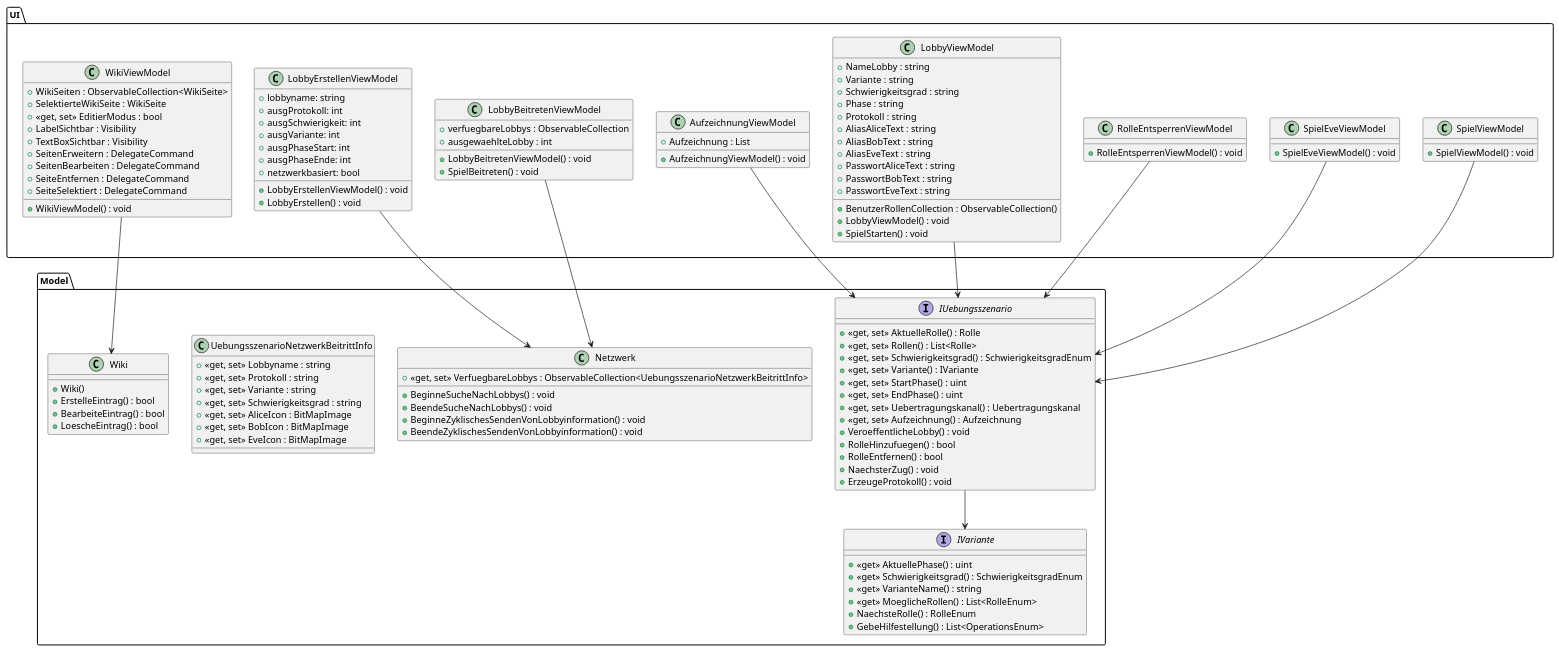
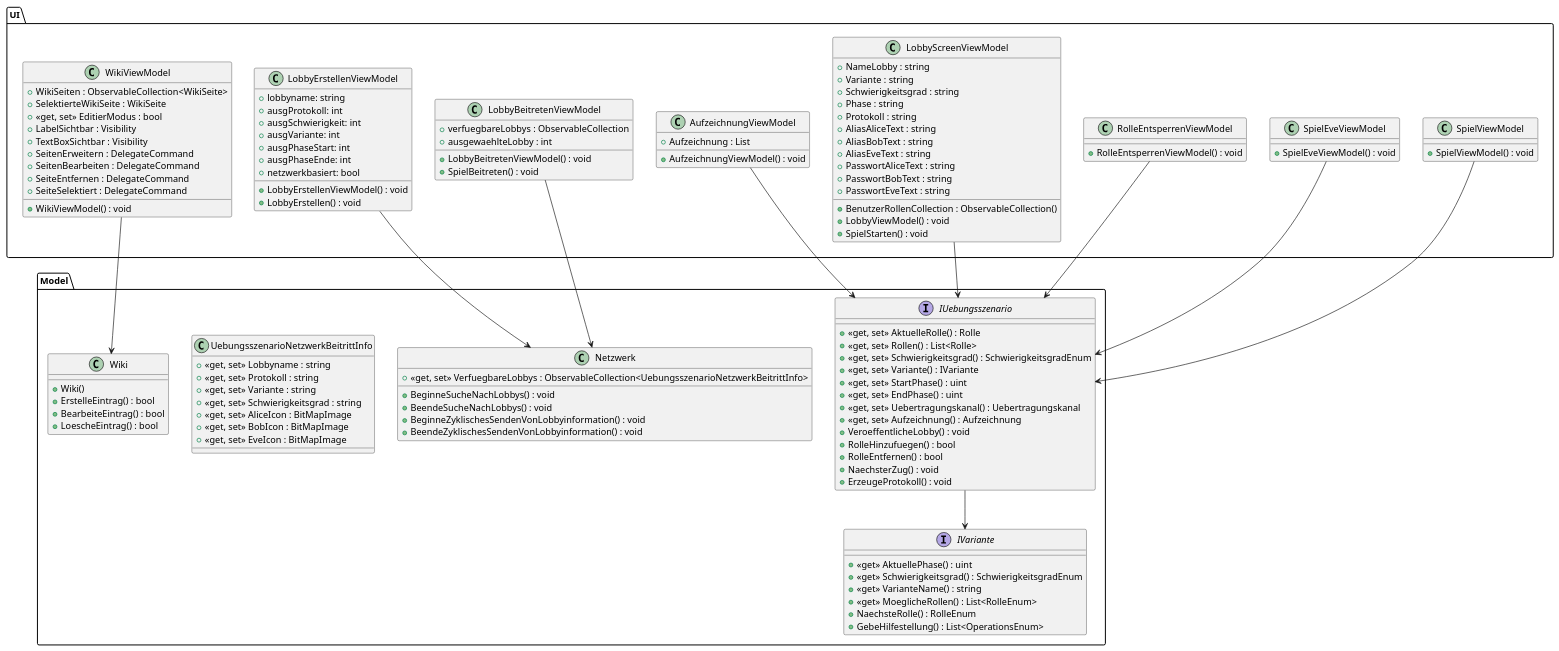
Before and after one commit to Jonas-Ha/quakrypto: the diagram in 02_Entwurf/Schnittstellendiagramm/Schnittstellendiagramm.puml, drawn with PlantUML. The commit also changed 1 other file, not shown here.

Commit message:
Schnittstellendiagramm angepasst Name: LobbyViewModel auf LobbyScreenViewModel geändert

```diff
--- a/02_Entwurf/Schnittstellendiagramm/Schnittstellendiagramm.puml
+++ b/02_Entwurf/Schnittstellendiagramm/Schnittstellendiagramm.puml
@@ -1,156 +1,156 @@
 @startuml name
 top to bottom direction
 skinparam pageMargin 10
 skinparam pageExternalColor gray
 skinparam pageBorderColor black
 
 package Model
 {
 	interface IUebungsszenario
 	{
 		+ <<get, set>> AktuelleRolle() : Rolle
 		+ <<get, set>> Rollen() : List<Rolle>
 		+ <<get, set>> Schwierigkeitsgrad() : SchwierigkeitsgradEnum
 		+ <<get, set>> Variante() : IVariante
 		+ <<get, set>> StartPhase() : uint
 		+ <<get, set>> EndPhase() : uint
 		+ <<get, set>> Uebertragungskanal() : Uebertragungskanal
 		+ <<get, set>> Aufzeichnung() : Aufzeichnung
 		+ VeroeffentlicheLobby() : void
 		+ RolleHinzufuegen() : bool
 		+ RolleEntfernen() : bool
 		+ NaechsterZug() : void
 		+ ErzeugeProtokoll() : void
 	}
 
 	interface IVariante
 	{
 		+ <<get>> AktuellePhase() : uint
 		+ <<get>> Schwierigkeitsgrad() : SchwierigkeitsgradEnum
 		+ <<get>> VarianteName() : string
 		+ <<get>> MoeglicheRollen() : List<RolleEnum>
 		+ NaechsteRolle() : RolleEnum
 		+ GebeHilfestellung() : List<OperationsEnum>
 	}
 
 	class Netzwerk
 	{
 		+ <<get, set>> VerfuegbareLobbys : ObservableCollection<UebungsszenarioNetzwerkBeitrittInfo>
 		+ BeginneSucheNachLobbys() : void
 		+ BeendeSucheNachLobbys() : void
 		+ BeginneZyklischesSendenVonLobbyinformation() : void
 		+ BeendeZyklischesSendenVonLobbyinformation() : void
 	}
 
 	class UebungsszenarioNetzwerkBeitrittInfo
 	{
 		+ <<get, set>> Lobbyname : string
 		+ <<get, set>> Protokoll : string
 		+ <<get, set>> Variante : string
 		+ <<get, set>> Schwierigkeitsgrad : string
 		+ <<get, set>> AliceIcon : BitMapImage
 		+ <<get, set>> BobIcon : BitMapImage
 		+ <<get, set>> EveIcon : BitMapImage
 	}
 
 	class Wiki
 	{
 		+ Wiki()
 		+ ErstelleEintrag() : bool
 		+ BearbeiteEintrag() : bool
 		+ LoescheEintrag() : bool
 	}
 }
 
 /'************************************************************'/
 /'PACKAGE UI												  '/
 /'************************************************************'/
 package UI
 {
 	together{
 		class LobbyErstellenViewModel
 		{
 			+ lobbyname: string 
 			+ ausgProtokoll: int 
 			+ ausgSchwierigkeit: int 
 			+ ausgVariante: int 
 			+ ausgPhaseStart: int 
 			+ ausgPhaseEnde: int 
 			+ netzwerkbasiert: bool 
 			+ LobbyErstellenViewModel() : void
 			+ LobbyErstellen() : void
 		}
 
 		class LobbyBeitretenViewModel
 		{
 			+ verfuegbareLobbys : ObservableCollection 
 			+ ausgewaehlteLobby : int 
 			+ LobbyBeitretenViewModel() : void 
 			+ SpielBeitreten() : void 
 		}
 
-		class LobbyViewModel
+		class LobbyScreenViewModel
 		{
 			+ NameLobby : string
 			+ Variante : string
 			+ Schwierigkeitsgrad : string
 			+ Phase : string
 			+ Protokoll : string
 			+ AliasAliceText : string
 			+ AliasBobText : string
 			+ AliasEveText : string
 			+ PasswortAliceText : string
 			+ PasswortBobText : string
 			+ PasswortEveText : string
 			+ BenutzerRollenCollection : ObservableCollection()
 			+ LobbyViewModel() : void
 			+ SpielStarten() : void
 		}
 
 		class WikiViewModel
 		{
 			+ WikiSeiten : ObservableCollection<WikiSeite>
 			+ SelektierteWikiSeite : WikiSeite
 			+ <<get, set>> EditierModus : bool
 			+ LabelSichtbar : Visibility
 			+ TextBoxSichtbar : Visibility
 			+ SeitenErweitern : DelegateCommand
 			+ SeitenBearbeiten : DelegateCommand
 			+ SeiteEntfernen : DelegateCommand
 			+ SeiteSelektiert : DelegateCommand
 			+ WikiViewModel() : void
 		}	
 
 		class AufzeichnungViewModel
 		{
 			+ Aufzeichnung : List
 			+ AufzeichnungViewModel() : void
 		}
 
 		class SpielViewModel
 		{
 			+ SpielViewModel() : void 
 		}
 
 		class SpielEveViewModel
 		{
 			+ SpielEveViewModel() : void 
 		}
 
 		class RolleEntsperrenViewModel
 		{
 			+ RolleEntsperrenViewModel() : void 
 		}
 	}
 }
 
-LobbyViewModel-->IUebungsszenario
+LobbyScreenViewModel-->IUebungsszenario
 AufzeichnungViewModel-->IUebungsszenario
 SpielViewModel-->IUebungsszenario
 SpielEveViewModel-->IUebungsszenario
 RolleEntsperrenViewModel-->IUebungsszenario
 WikiViewModel --> Wiki
 IUebungsszenario --> IVariante
 LobbyBeitretenViewModel --> Netzwerk
 LobbyErstellenViewModel --> Netzwerk
 @enduml
```
